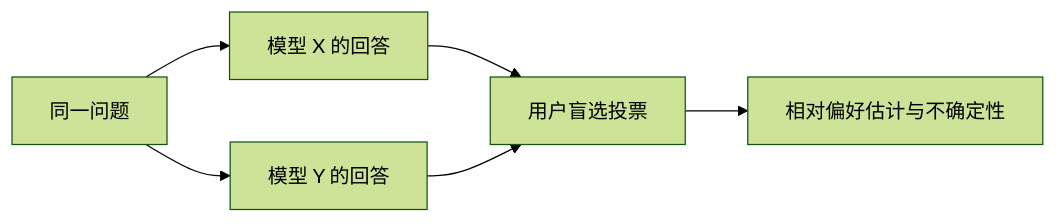
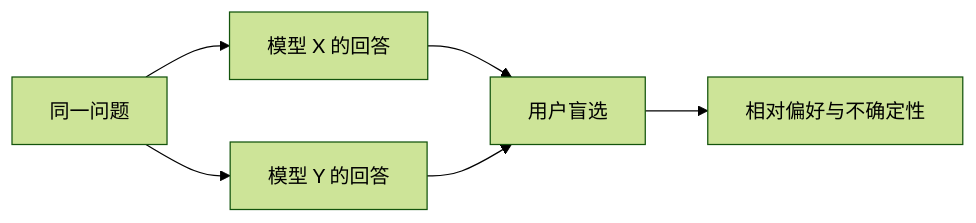
The first of 3 diagrams in 2. Alignment 与训练工程/11. 大模型评测（LLM Evaluation）——评价方法与局限.md (AI-learning-simple/Build-Your-Own-LLM), drawn with Mermaid (forest theme) before and after one commit. The commit also changed other lines of this file and 65 other files, not shown here.

````diff
--- a/2. Alignment 与训练工程/11. 大模型评测（LLM Evaluation）——评价方法与局限.md
+++ b/2. Alignment 与训练工程/11. 大模型评测（LLM Evaluation）——评价方法与局限.md
@@ -63,5 +107,6 @@
 ```mermaid
 flowchart LR
-    A[同一问题] --> B[模型 X 的回答] --> C[用户盲选投票] --> D[相对偏好估计与不确定性]
-    A --> E[模型 Y 的回答] --> C
+    A[同一问题] --> B[模型 X 的回答] --> C[用户盲选]
+    A --> D[模型 Y 的回答] --> C
+    C --> E[相对偏好与不确定性]
 ```
````
